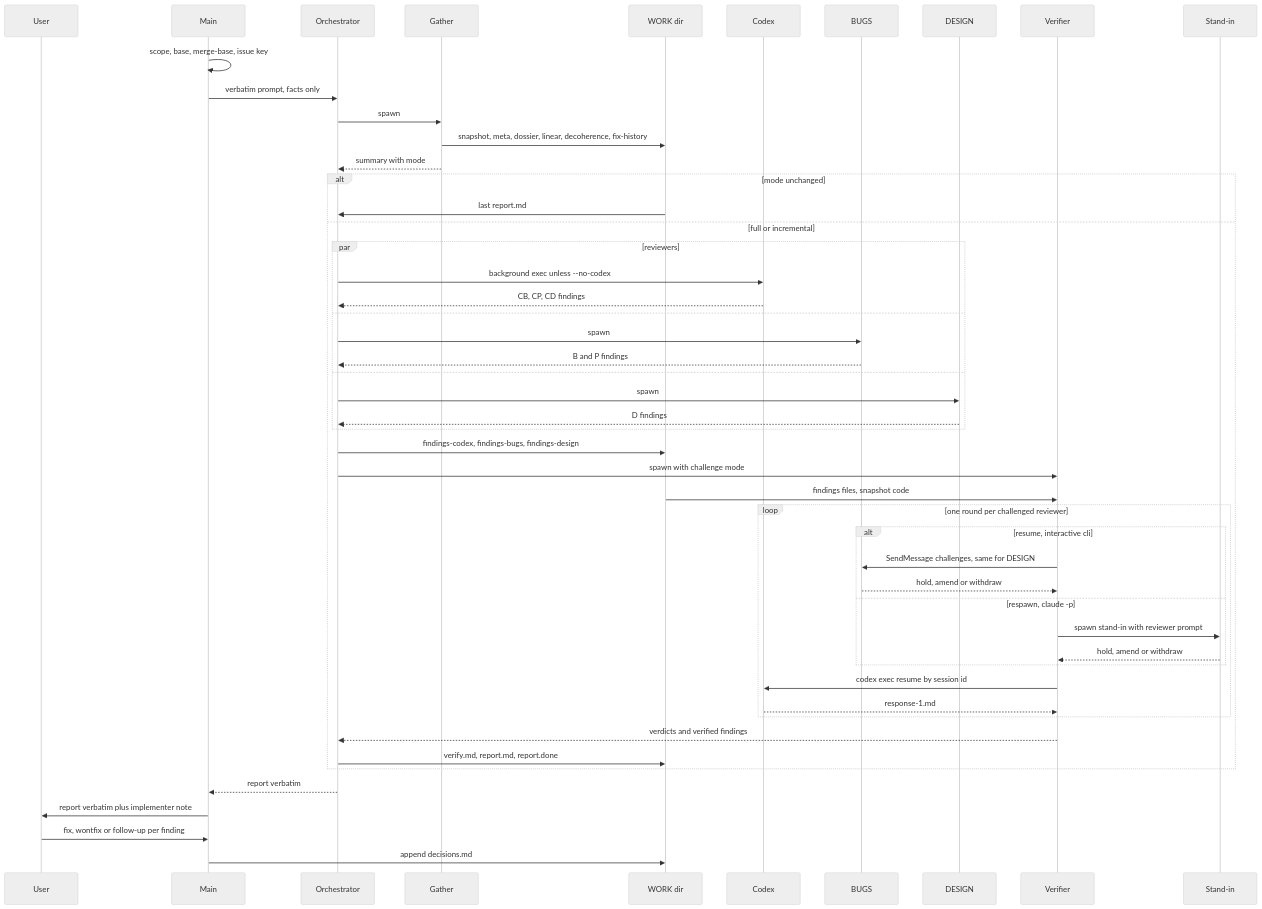
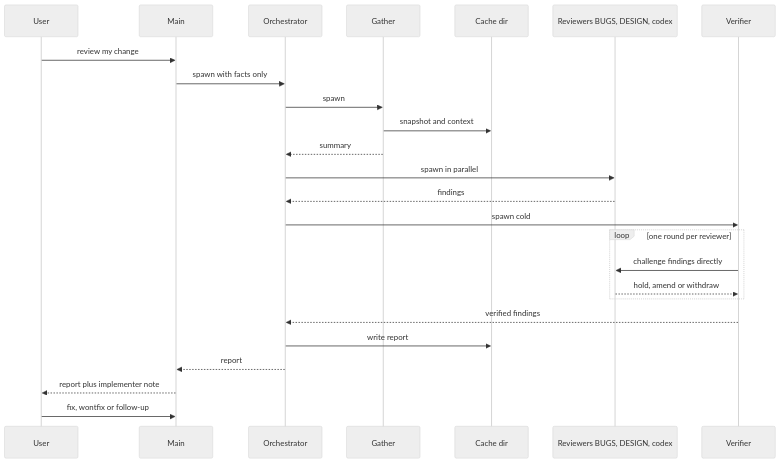
The diagram in self-review/README.md (spalladino/claude-skills), drawn with Mermaid (neutral theme) before and after one commit. The commit also changed other lines of this file and 10 other files, not shown here.

First line of the commit message:
refactor(review-pr,self-review): trim both skills and simplify README diagrams

````diff
--- a/self-review/README.md
+++ b/self-review/README.md
@@ -31,52 +31,27 @@
 ```mermaid
 sequenceDiagram
     participant U as User
     participant M as Main
     participant O as Orchestrator
     participant G as Gather
-    participant W as WORK dir
-    participant C as Codex
-    participant B as BUGS
-    participant D as DESIGN
+    participant W as Cache dir
+    participant R as Reviewers BUGS, DESIGN, codex
     participant V as Verifier
-    participant S as Stand-in
-    M->>M: scope, base, merge-base, issue key
-    M->>O: verbatim prompt, facts only
+    U->>M: review my change
+    M->>O: spawn with facts only
     O->>G: spawn
-    G->>W: snapshot, meta, dossier, linear, decoherence, fix-history
-    G-->>O: summary with mode
-    alt mode unchanged
-        W->>O: last report.md
-    else full or incremental
-        par reviewers
-            O->>C: background exec unless --no-codex
-            C-->>O: CB, CP, CD findings
-        and
-            O->>B: spawn
-            B-->>O: B and P findings
-        and
-            O->>D: spawn
-            D-->>O: D findings
-        end
-        O->>W: findings-codex, findings-bugs, findings-design
-        O->>V: spawn with challenge mode
-        W->>V: findings files, snapshot code
-        loop one round per challenged reviewer
-            alt resume, interactive cli
-                V->>B: SendMessage challenges, same for DESIGN
-                B-->>V: hold, amend or withdraw
-            else respawn, claude -p
-                V->>S: spawn stand-in with reviewer prompt
-                S-->>V: hold, amend or withdraw
-            end
-            V->>C: codex exec resume by session id
-            C-->>V: response-1.md
-        end
-        V-->>O: verdicts and verified findings
-        O->>W: verify.md, report.md, report.done
+    G->>W: snapshot and context
+    G-->>O: summary
+    O->>R: spawn in parallel
+    R-->>O: findings
+    O->>V: spawn cold
+    loop one round per reviewer
+        V->>R: challenge findings directly
+        R-->>V: hold, amend or withdraw
     end
-    O-->>M: report verbatim
-    M->>U: report verbatim plus implementer note
-    U->>M: fix, wontfix or follow-up per finding
-    M->>W: append decisions.md
+    V-->>O: verified findings
+    O->>W: write report
+    O-->>M: report
+    M-->>U: report plus implementer note
+    U->>M: fix, wontfix or follow-up
 ```
````
